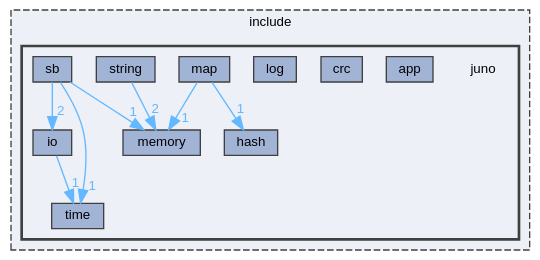
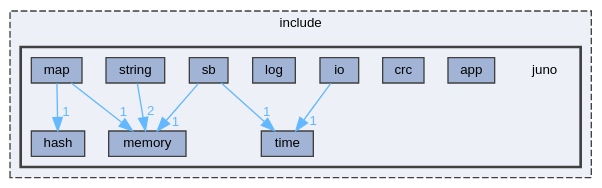
The diagram in dir_366da5caa8e7ec3e54d94764b6f022bc_dep.dot (robinonsay/libjuno), drawn with Graphviz before and after one commit. The commit also changed 175 other files, not shown here.

```diff
--- a/dir_366da5caa8e7ec3e54d94764b6f022bc_dep.dot
+++ b/dir_366da5caa8e7ec3e54d94764b6f022bc_dep.dot
@@ -1,32 +1,31 @@
 digraph "/home/runner/work/libjuno/libjuno/include/juno"
 {
  // LATEX_PDF_SIZE
   bgcolor="transparent";
   edge [fontname=Helvetica,fontsize=10,labelfontname=Helvetica,labelfontsize=10];
   node [fontname=Helvetica,fontsize=10,shape=box,height=0.2,width=0.4];
   compound=true
   subgraph clusterdir_d44c64559bbebec7f509842c48db8b23 {
     graph [ bgcolor="#edf0f7", pencolor="grey25", label="include", fontname=Helvetica,fontsize=10 style="filled,dashed", URL="dir_d44c64559bbebec7f509842c48db8b23.html",tooltip=""]
   subgraph clusterdir_366da5caa8e7ec3e54d94764b6f022bc {
     graph [ bgcolor="#edf0f7", pencolor="grey25", label="", fontname=Helvetica,fontsize=10 style="filled,bold", URL="dir_366da5caa8e7ec3e54d94764b6f022bc.html",tooltip=""]
     dir_366da5caa8e7ec3e54d94764b6f022bc [shape=plaintext, label="juno"];
   dir_ea3a8427487b97ef3e7ab80966e647b0 [label="app", fillcolor="#a2b4d6", color="grey25", style="filled", URL="dir_ea3a8427487b97ef3e7ab80966e647b0.html",tooltip=""];
   dir_ef6da05dc0c67d385894f0e12ffbb82b [label="crc", fillcolor="#a2b4d6", color="grey25", style="filled", URL="dir_ef6da05dc0c67d385894f0e12ffbb82b.html",tooltip=""];
   dir_19d249a700c11f44389cb05327db4a5b [label="hash", fillcolor="#a2b4d6", color="grey25", style="filled", URL="dir_19d249a700c11f44389cb05327db4a5b.html",tooltip=""];
   dir_2214acb517c776811661c93fb7ef90d4 [label="io", fillcolor="#a2b4d6", color="grey25", style="filled", URL="dir_2214acb517c776811661c93fb7ef90d4.html",tooltip=""];
   dir_11c3f99e4b1d38bfc7e28e7b668b733a [label="log", fillcolor="#a2b4d6", color="grey25", style="filled", URL="dir_11c3f99e4b1d38bfc7e28e7b668b733a.html",tooltip=""];
   dir_7d134b198f51d759fae4dbc0397c07cc [label="map", fillcolor="#a2b4d6", color="grey25", style="filled", URL="dir_7d134b198f51d759fae4dbc0397c07cc.html",tooltip=""];
   dir_0ab7105f8cccca84cc3ec63bc4b5970d [label="memory", fillcolor="#a2b4d6", color="grey25", style="filled", URL="dir_0ab7105f8cccca84cc3ec63bc4b5970d.html",tooltip=""];
   dir_a9edbd5fb0b74fbe5ba0514afbd43adb [label="sb", fillcolor="#a2b4d6", color="grey25", style="filled", URL="dir_a9edbd5fb0b74fbe5ba0514afbd43adb.html",tooltip=""];
   dir_1ee06b418de2fbaa3d5b1443d2d582cb [label="string", fillcolor="#a2b4d6", color="grey25", style="filled", URL="dir_1ee06b418de2fbaa3d5b1443d2d582cb.html",tooltip=""];
   dir_f7826cb483c41652a57f47c29e86de5a [label="time", fillcolor="#a2b4d6", color="grey25", style="filled", URL="dir_f7826cb483c41652a57f47c29e86de5a.html",tooltip=""];
   }
   }
   dir_2214acb517c776811661c93fb7ef90d4->dir_f7826cb483c41652a57f47c29e86de5a [headlabel="1", labeldistance=1.5 headhref="dir_000005_000013.html" href="dir_000005_000013.html" color="steelblue1" fontcolor="steelblue1"];
   dir_7d134b198f51d759fae4dbc0397c07cc->dir_0ab7105f8cccca84cc3ec63bc4b5970d [headlabel="1", labeldistance=1.5 headhref="dir_000008_000009.html" href="dir_000008_000009.html" color="steelblue1" fontcolor="steelblue1"];
   dir_7d134b198f51d759fae4dbc0397c07cc->dir_19d249a700c11f44389cb05327db4a5b [headlabel="1", labeldistance=1.5 headhref="dir_000008_000003.html" href="dir_000008_000003.html" color="steelblue1" fontcolor="steelblue1"];
   dir_a9edbd5fb0b74fbe5ba0514afbd43adb->dir_0ab7105f8cccca84cc3ec63bc4b5970d [headlabel="1", labeldistance=1.5 headhref="dir_000010_000009.html" href="dir_000010_000009.html" color="steelblue1" fontcolor="steelblue1"];
-  dir_a9edbd5fb0b74fbe5ba0514afbd43adb->dir_2214acb517c776811661c93fb7ef90d4 [headlabel="2", labeldistance=1.5 headhref="dir_000010_000005.html" href="dir_000010_000005.html" color="steelblue1" fontcolor="steelblue1"];
   dir_a9edbd5fb0b74fbe5ba0514afbd43adb->dir_f7826cb483c41652a57f47c29e86de5a [headlabel="1", labeldistance=1.5 headhref="dir_000010_000013.html" href="dir_000010_000013.html" color="steelblue1" fontcolor="steelblue1"];
   dir_1ee06b418de2fbaa3d5b1443d2d582cb->dir_0ab7105f8cccca84cc3ec63bc4b5970d [headlabel="2", labeldistance=1.5 headhref="dir_000012_000009.html" href="dir_000012_000009.html" color="steelblue1" fontcolor="steelblue1"];
 }
```
